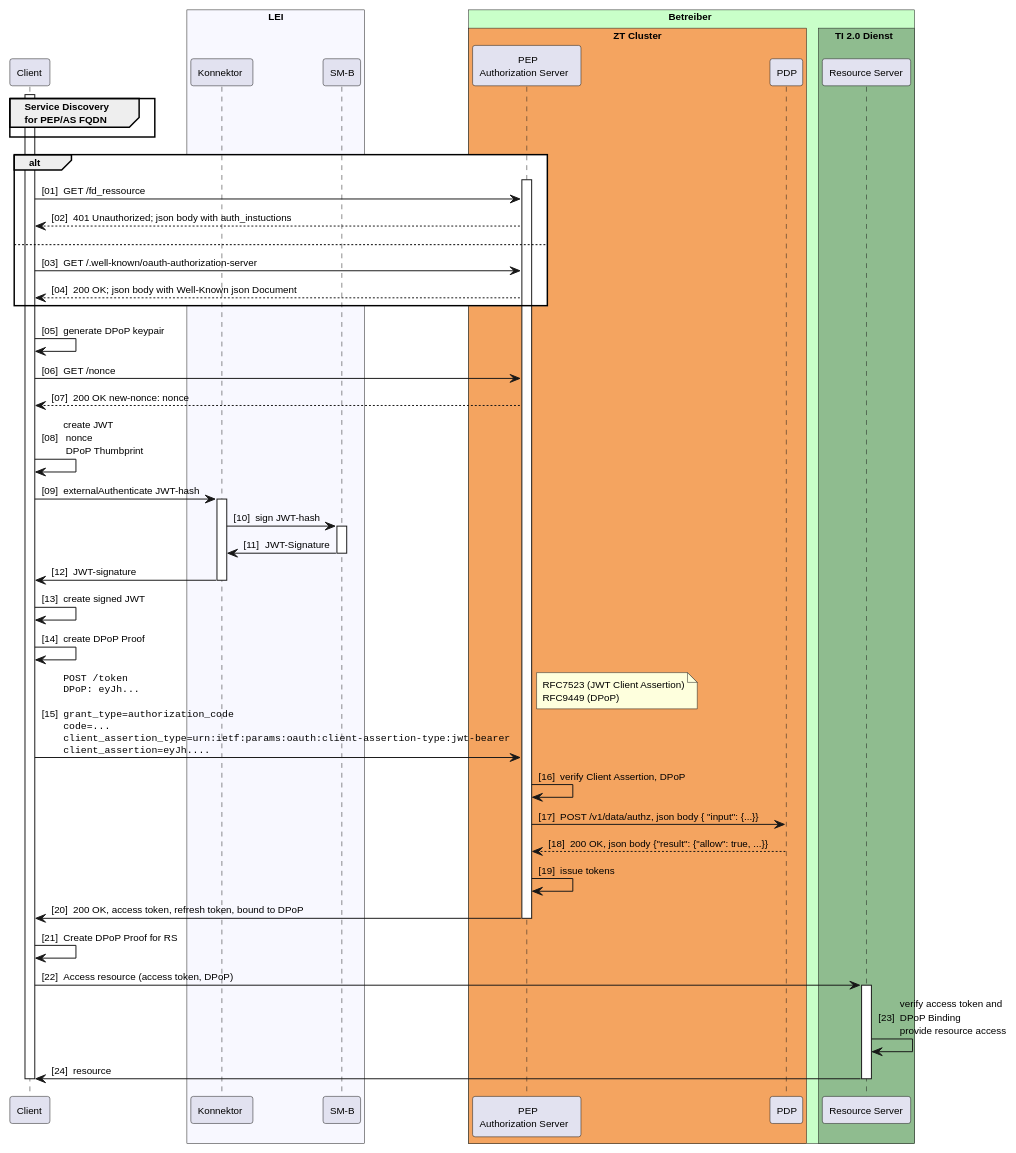
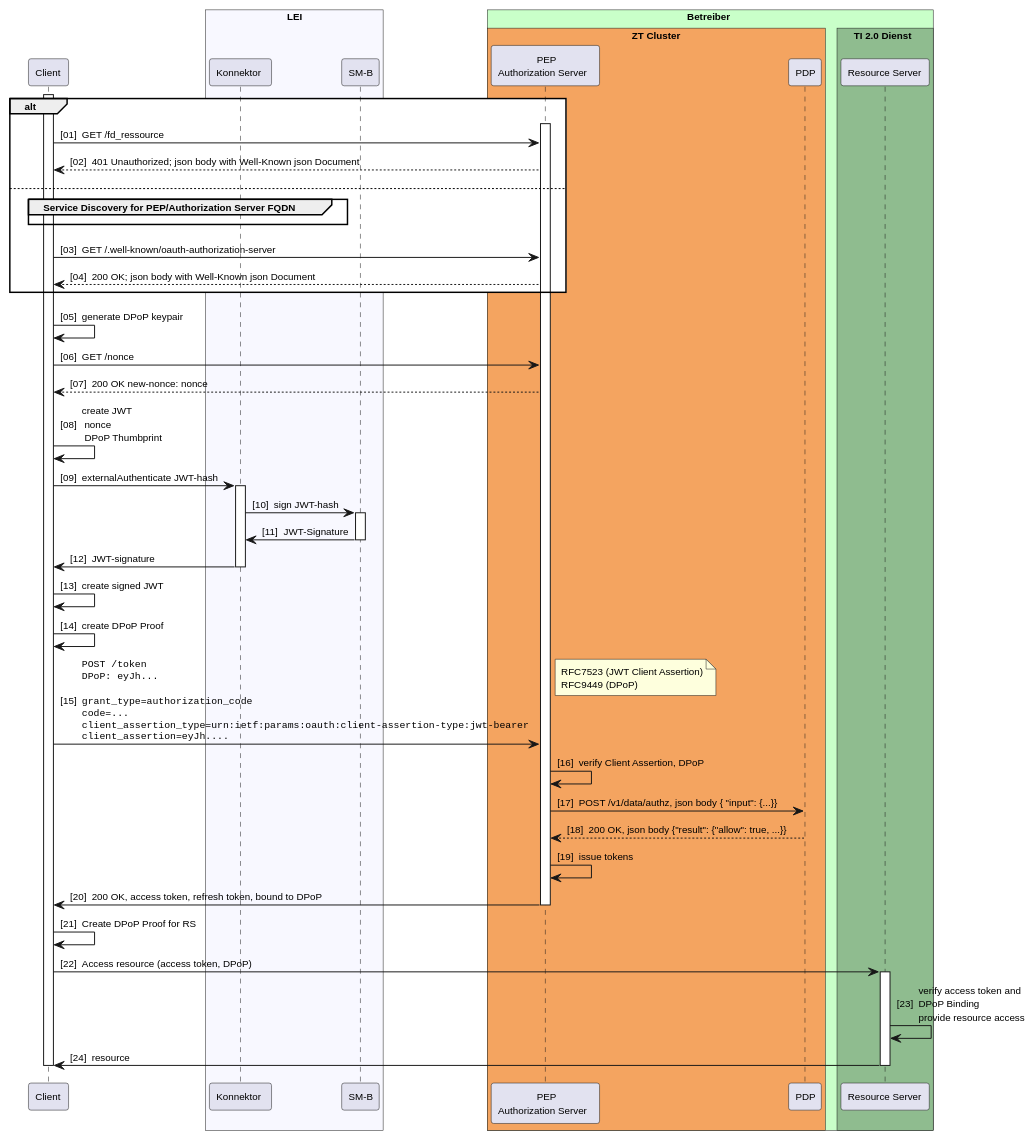
One commit to gematik/spec-t20r changed the diagram in src/plantuml/sm-b-auth.puml. Above: the diagram before and after it, drawn with PlantUML. The commit also changed 1 other file, not shown here.

```diff
--- a/src/plantuml/sm-b-auth.puml
+++ b/src/plantuml/sm-b-auth.puml
@@ -1,81 +1,81 @@
 @startuml "OAuth 2.0 DPoP with SM-B"
 autonumber "[00]"
 skinparam defaultFontSize 10
 skinparam defaultFontName Helvetica
 skinparam DefaultMonospacedFontName Courier
 skinparam lengthAdjust none
 
 !pragma teoz true
 
 participant Client
 box "LEI" #GhostWhite
     participant Konnektor
     participant SMB as "SM-B"
 end box
 
 box "Betreiber" #TECHNOLOGY
     box "ZT Cluster" #SandyBrown
         participant AuthS as "PEP\nAuthorization Server" 
         participant PDP as "PDP"
     endbox
     box TI 2.0 Dienst #DarkSeaGreen
         participant RS as "Resource Server"
     endbox
 end box
 
 activate Client
-group Service Discovery\nfor PEP/AS FQDN
-end
 
 alt #White
     activate AuthS
     Client -> AuthS: GET /fd_ressource
-    AuthS --> Client: 401 Unauthorized; json body with auth_instuctions
+    AuthS --> Client: 401 Unauthorized; json body with Well-Known json Document
 else 
+    group Service Discovery for PEP/Authorization Server FQDN
+    end
     Client -> AuthS: GET /.well-known/oauth-authorization-server 
     AuthS --> Client: 200 OK; json body with Well-Known json Document
 end
 
 Client -> Client: generate DPoP keypair
 Client -> AuthS: GET /nonce
 return 200 OK new-nonce: nonce
 Client -> Client: create JWT\n nonce\n DPoP Thumbprint
 Client -> Konnektor: externalAuthenticate JWT-hash
 activate Konnektor
 Konnektor -> SMB: sign JWT-hash
 activate SMB
 SMB -> Konnektor: JWT-Signature
 deactivate SMB
 Konnektor -> Client: JWT-signature
 deactivate Konnektor
 
 Client -> Client: create signed JWT
 Client -> Client: create DPoP Proof
 Client -> AuthS: ""POST /token""\n\
 ""DPoP: eyJh...""\n\n\
 ""grant_type=authorization_code""\n\
 ""code=...""\n\
 ""client_assertion_type=urn:ietf:params:oauth:client-assertion-type:jwt-bearer""\n\
 ""client_assertion=eyJh....""
 note right
 RFC7523 (JWT Client Assertion)
 RFC9449 (DPoP)
 end note
 
 AuthS -> AuthS: verify Client Assertion, DPoP
 AuthS -> PDP: POST /v1/data/authz, json body {  "input": {...}} 
 PDP --> AuthS: 200 OK, json body {"result": {"allow": true, ...}}
 AuthS -> AuthS: issue tokens
 AuthS -> Client: 200 OK, access token, refresh token, bound to DPoP
 deactivate AuthS
 Client -> Client: Create DPoP Proof for RS
 
 Client -> RS: Access resource (access token, DPoP)
 activate RS
 RS -> RS: verify access token and\nDPoP Binding\n\
 provide resource access
 RS -> Client: resource
 deactivate RS
 deactivate Client
 
 @enduml
```
